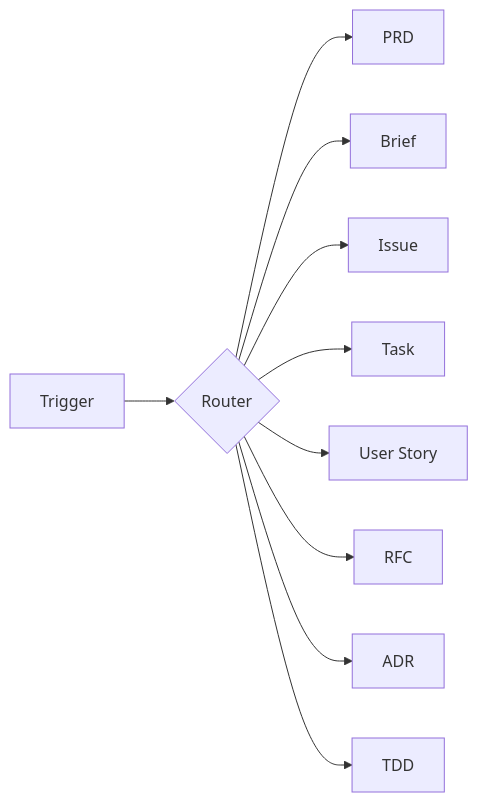
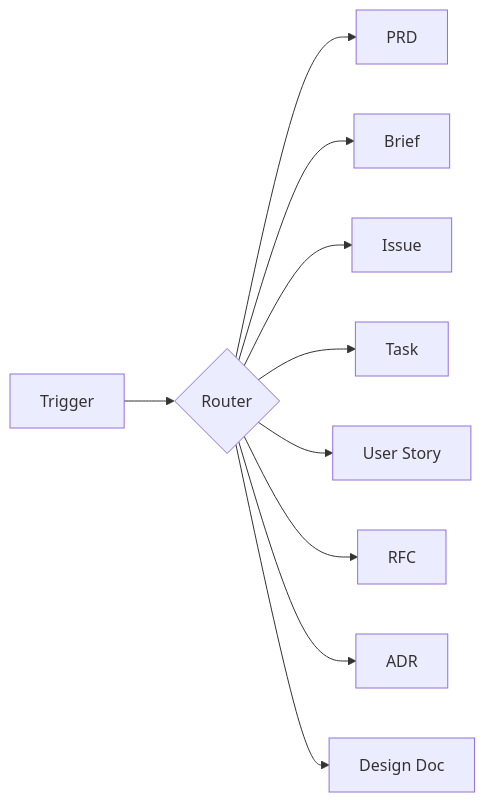
One commit to adeonir/agent-skills changed the diagram in skills/(product)/docs-writer/README.md. Above: the diagram before and after it, drawn with Mermaid. The commit also changed other lines of this file and 11 other files, not shown here.

Commit message:
refactor: replace TDD document type with Design Doc in docs-writer

````diff
--- a/skills/(product)/docs-writer/README.md
+++ b/skills/(product)/docs-writer/README.md
@@ -15,12 +15,12 @@
 ```mermaid
 flowchart LR
     T[Trigger] --> R{Router}
     R --> PRD[PRD]
     R --> B[Brief]
     R --> I[Issue]
     R --> TK[Task]
     R --> US[User Story]
     R --> RFC[RFC]
     R --> ADR[ADR]
-    R --> TDD[TDD]
+    R --> DD[Design Doc]
 ```
````
